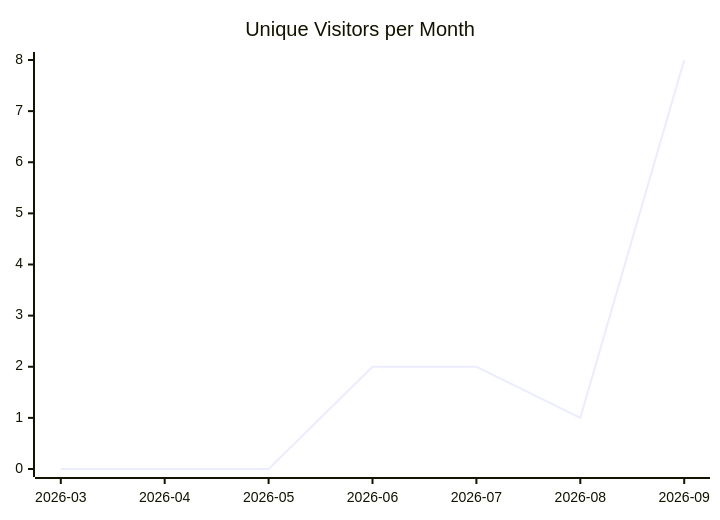
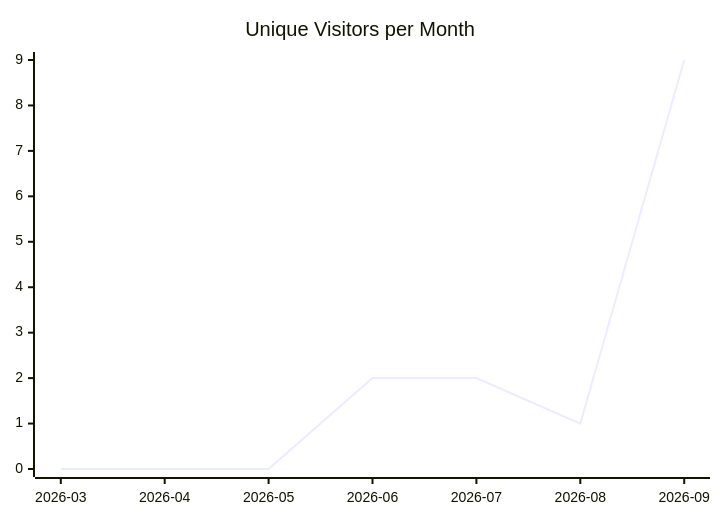
Before and after one commit to justdavis-family/github-analytics-data: the first of 3 diagrams in karlmdavis/dotfiles/README.md, drawn with Mermaid. The commit also changed other lines of this file and 199 other files, not shown here.

````diff
--- a/karlmdavis/dotfiles/README.md
+++ b/karlmdavis/dotfiles/README.md
@@ -5,6 +5,6 @@
 ```mermaid
 xychart-beta
   title "Unique Visitors per Month"
   x-axis ["2026-03", "2026-04", "2026-05", "2026-06", "2026-07", "2026-08", "2026-09"]
-  line [0, 0, 0, 2, 2, 1, 8]
+  line [0, 0, 0, 2, 2, 1, 9]
 ```
````
